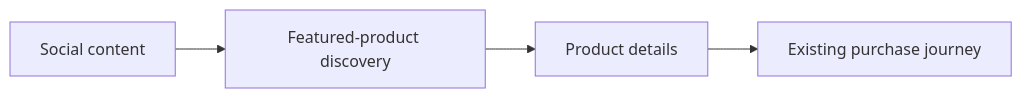
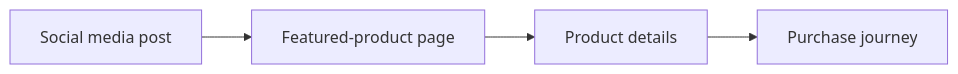
One commit to Abi0l9/Abi0l9 changed the third of 3 diagrams in portfolio/architecture/README.md. Above: the diagram before and after it, drawn with Mermaid. The commit also changed other lines of this file, not shown here.

Commit message:
docs(architecture): name actual products and simplify public architecture notes

````diff
--- a/portfolio/architecture/README.md
+++ b/portfolio/architecture/README.md
@@ -40,6 +44,6 @@
 ```mermaid
 flowchart LR
-  Social["Social content"] --> Discovery["Featured-product discovery"]
-  Discovery --> Product["Product details"]
-  Product --> Checkout["Existing purchase journey"]
+  S["Social media post"] --> F["Featured-product page"]
+  F --> P["Product details"]
+  P --> O["Purchase journey"]
 ```
````
